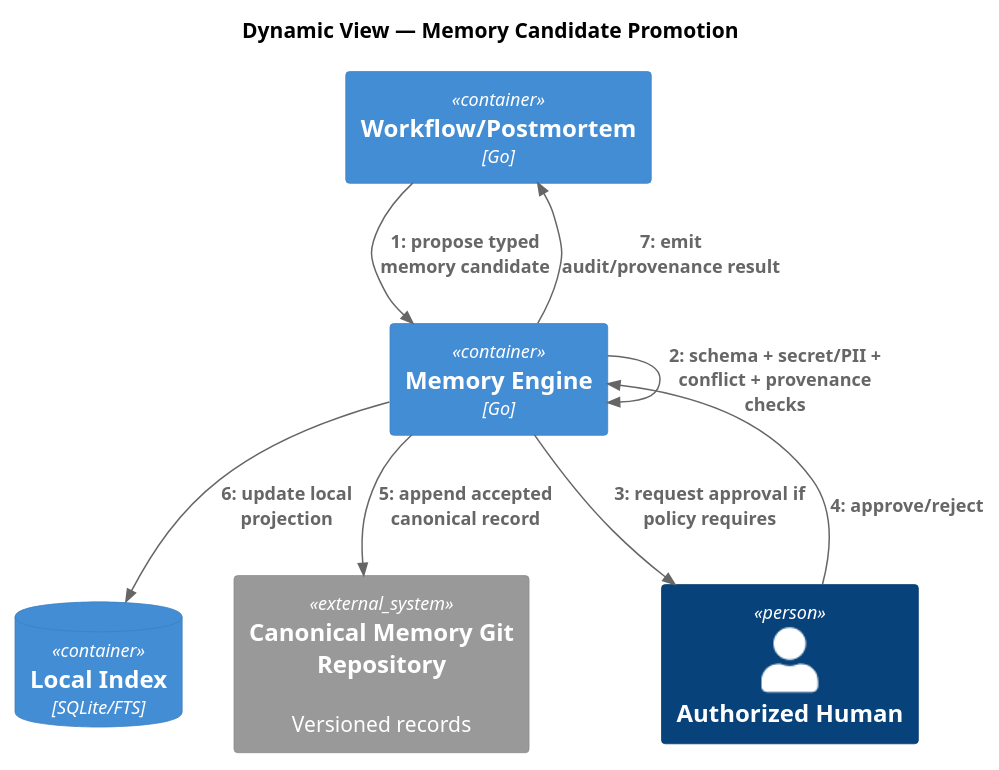
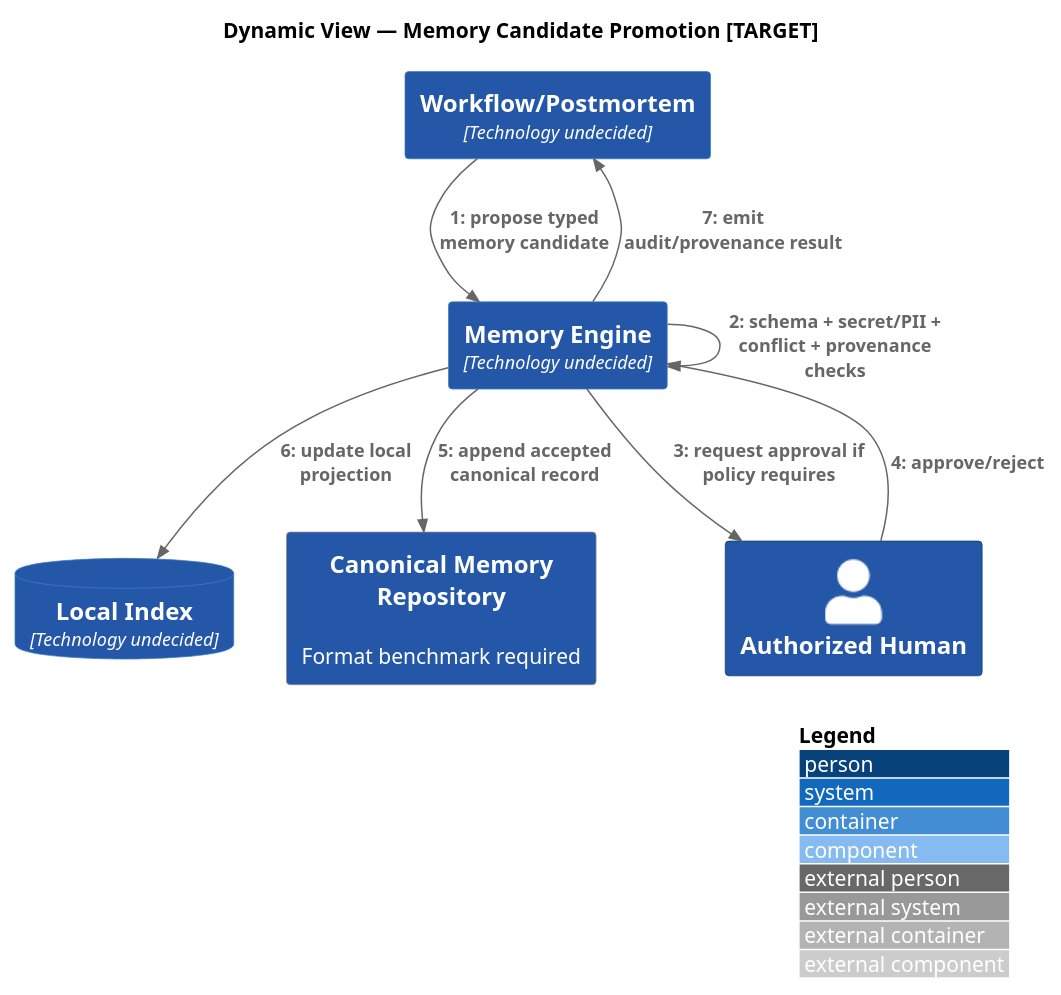
The diagram in docs/architecture/src/docs/arc42/diagrams/dynamic-memory-promotion.puml (Eu-Pedro0ficial/praetor), drawn with PlantUML before and after one commit. The commit also changed 55 other files, not shown here.

Commit message:
docs: reconcile roadmap v2 and architecture traceability

```diff
--- a/docs/architecture/src/docs/arc42/diagrams/dynamic-memory-promotion.puml
+++ b/docs/architecture/src/docs/arc42/diagrams/dynamic-memory-promotion.puml
@@ -1,16 +1,18 @@
 @startuml
 !include <C4/C4_Dynamic>
-title Dynamic View — Memory Candidate Promotion
-Container(core, "Workflow/Postmortem", "Go")
-Container(mem, "Memory Engine", "Go")
-ContainerDb(index, "Local Index", "SQLite/FTS")
-System_Ext(git, "Canonical Memory Git Repository", "Versioned records")
-Person(reviewer, "Authorized Human")
+AddElementTag("TARGET", $bgColor="#2457A7", $fontColor="#FFFFFF", $legendText="TARGET")
+LAYOUT_WITH_LEGEND()
+title Dynamic View — Memory Candidate Promotion [TARGET]
+Container(core, "Workflow/Postmortem", "Technology undecided", $tags="TARGET")
+Container(mem, "Memory Engine", "Technology undecided", $tags="TARGET")
+ContainerDb(index, "Local Index", "Technology undecided", $tags="TARGET")
+System_Ext(git, "Canonical Memory Repository", "Format benchmark required", $tags="TARGET")
+Person(reviewer, "Authorized Human", $tags="TARGET")
 RelIndex(1, core, mem, "propose typed memory candidate")
 RelIndex(2, mem, mem, "schema + secret/PII + conflict + provenance checks")
 RelIndex(3, mem, reviewer, "request approval if policy requires")
 RelIndex(4, reviewer, mem, "approve/reject")
 RelIndex(5, mem, git, "append accepted canonical record")
 RelIndex(6, mem, index, "update local projection")
 RelIndex(7, mem, core, "emit audit/provenance result")
 @enduml
```
